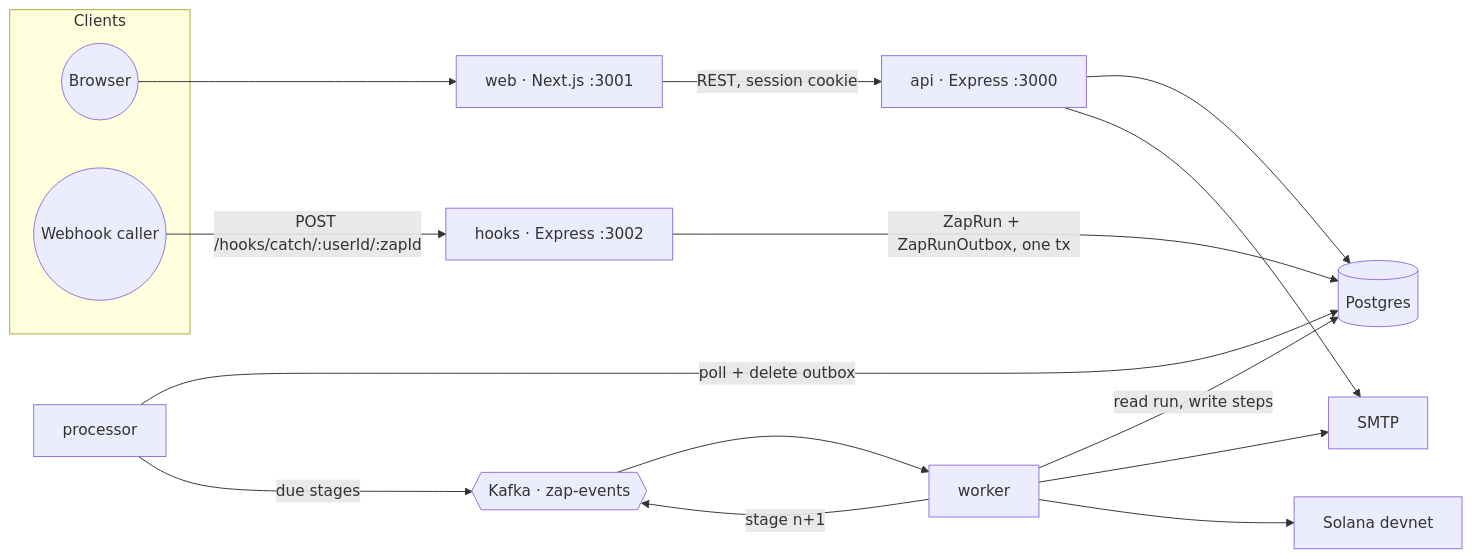
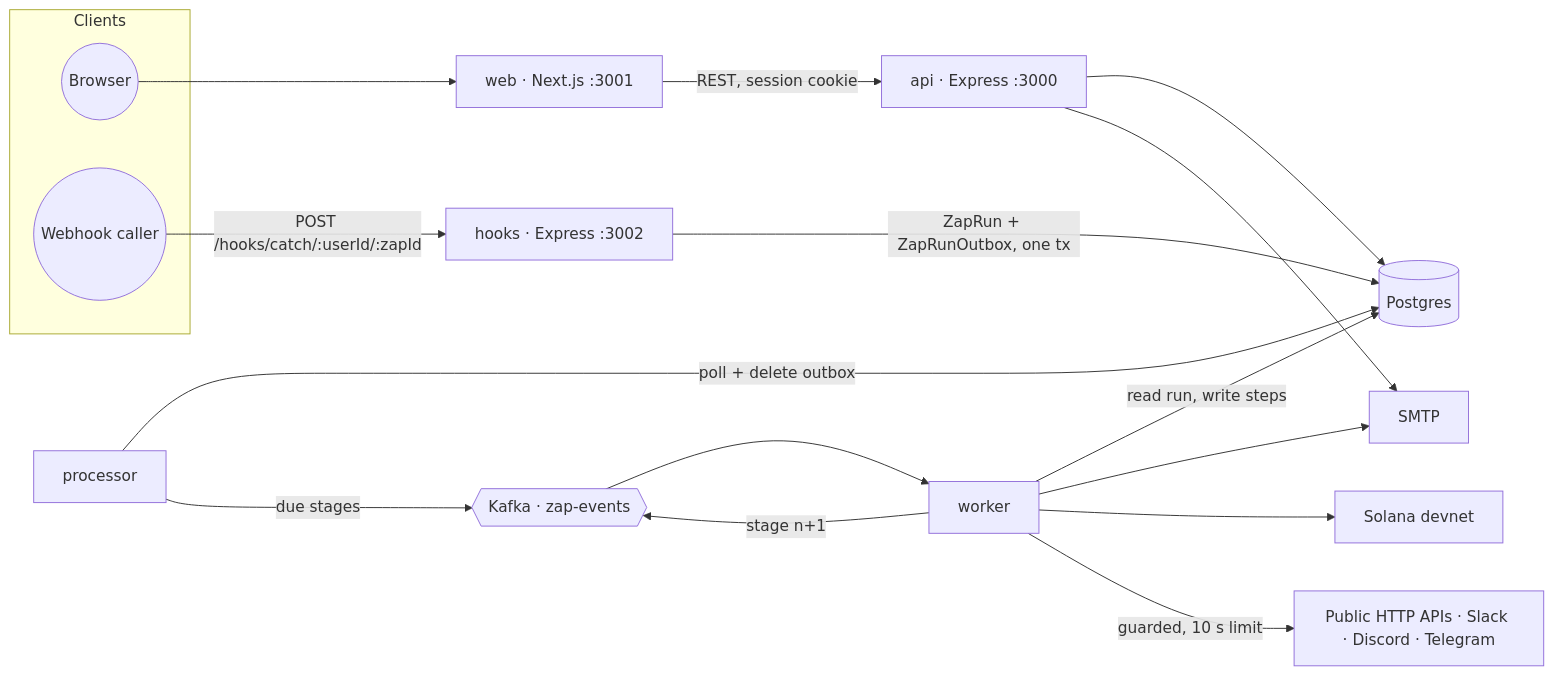
The first of 3 diagrams in ARCHITECTURE.md (bixl007/Integrix), drawn with Mermaid before and after one commit. The commit also changed other lines of this file and 36 other files, not shown here.

First line of the commit message:
feat: HTTP, Slack, Discord and Telegram connectors with secret fields

````diff
--- a/ARCHITECTURE.md
+++ b/ARCHITECTURE.md
@@ -11,20 +11,21 @@
 ```mermaid
 flowchart LR
   subgraph Clients
     Browser((Browser))
     Caller((Webhook caller))
   end
   Browser --> Web[web · Next.js :3001]
   Web -->|REST, session cookie| API[api · Express :3000]
   Caller -->|POST /hooks/catch/:userId/:zapId| Hooks[hooks · Express :3002]
   API --> DB[(Postgres)]
   Hooks -->|ZapRun + ZapRunOutbox, one tx| DB
   Processor[processor] -->|poll + delete outbox| DB
   Processor -->|due stages| Kafka{{Kafka · zap-events}}
   Kafka --> Worker[worker]
   Worker -->|stage n+1| Kafka
   Worker -->|read run, write steps| DB
   Worker --> SMTP[SMTP]
   Worker --> Solana[Solana devnet]
+  Worker -->|guarded, 10 s limit| Public[Public HTTP APIs · Slack · Discord · Telegram]
   API --> SMTP
 ```
````
